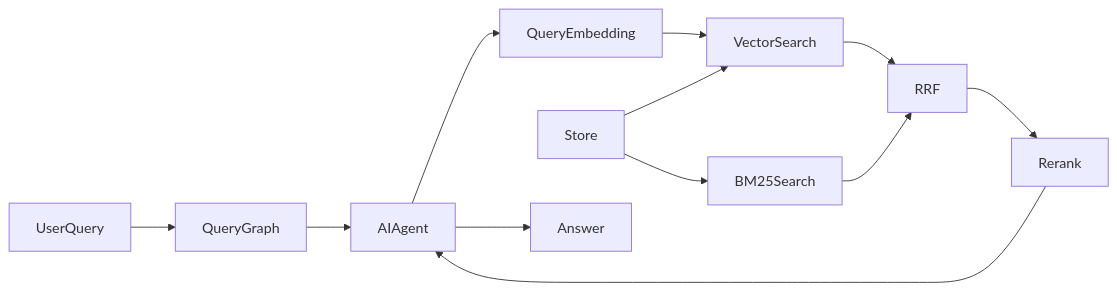
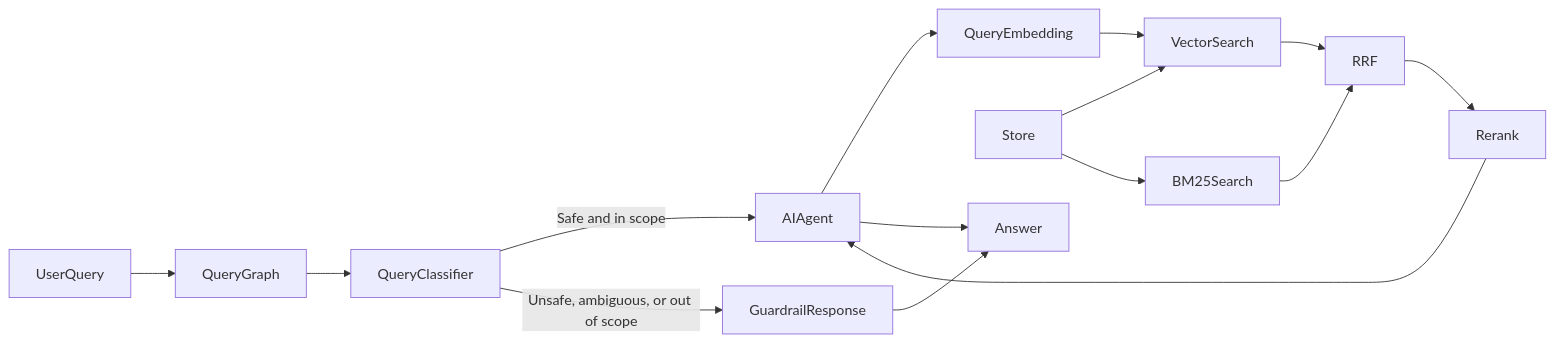
One commit to sanath95/Document-Knowledge-Base-with-Source-Grounding changed the second of 2 diagrams in README.md. Above: the diagram before and after it, drawn with Mermaid. The commit also changed other lines of this file and 5 other files, not shown here.

````diff
--- a/README.md
+++ b/README.md
@@ -32,14 +33,17 @@
 ```mermaid
 flowchart LR
     UserQuery --> QueryGraph
-    QueryGraph --> AIAgent
+    QueryGraph --> QueryClassifier
+    QueryClassifier -->|Safe and in scope| AIAgent
+    QueryClassifier -->|Unsafe, ambiguous, or out of scope| GuardrailResponse
     AIAgent --> QueryEmbedding
     Store --> VectorSearch
     Store --> BM25Search
     QueryEmbedding --> VectorSearch
     VectorSearch --> RRF
     BM25Search --> RRF
     RRF --> Rerank
     Rerank --> AIAgent
     AIAgent --> Answer
+    GuardrailResponse --> Answer
 ```
````
